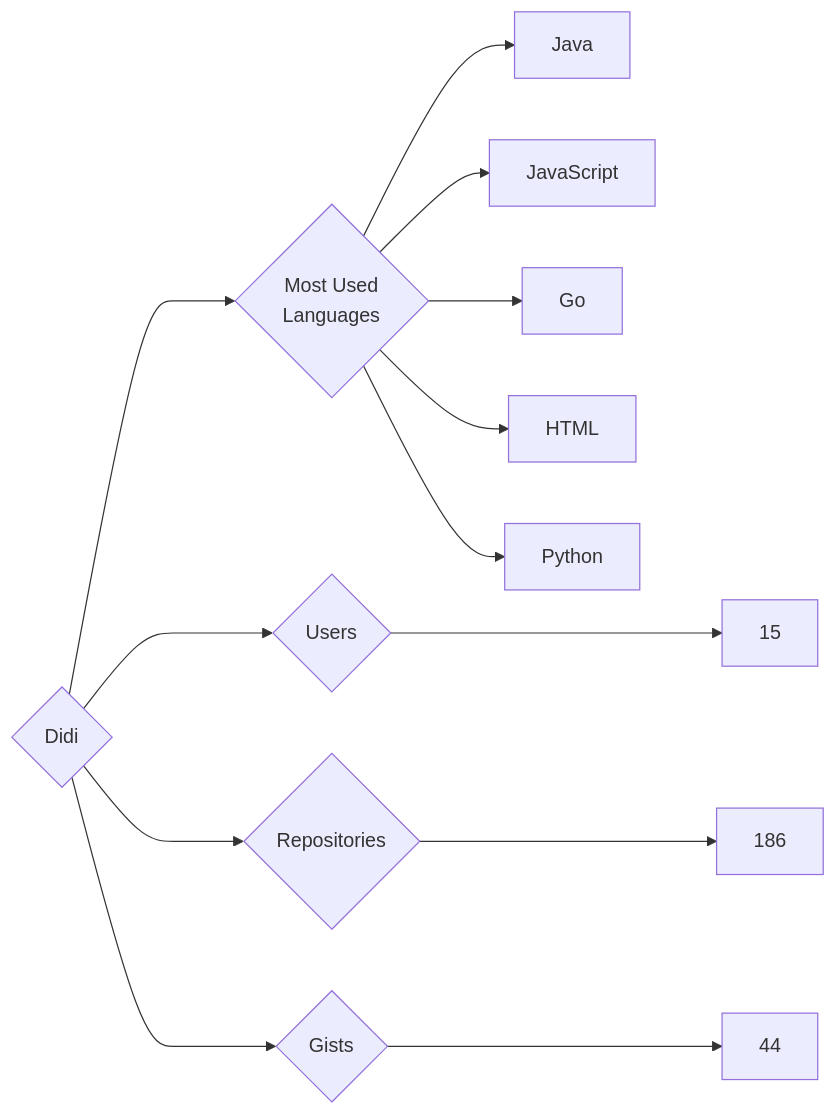
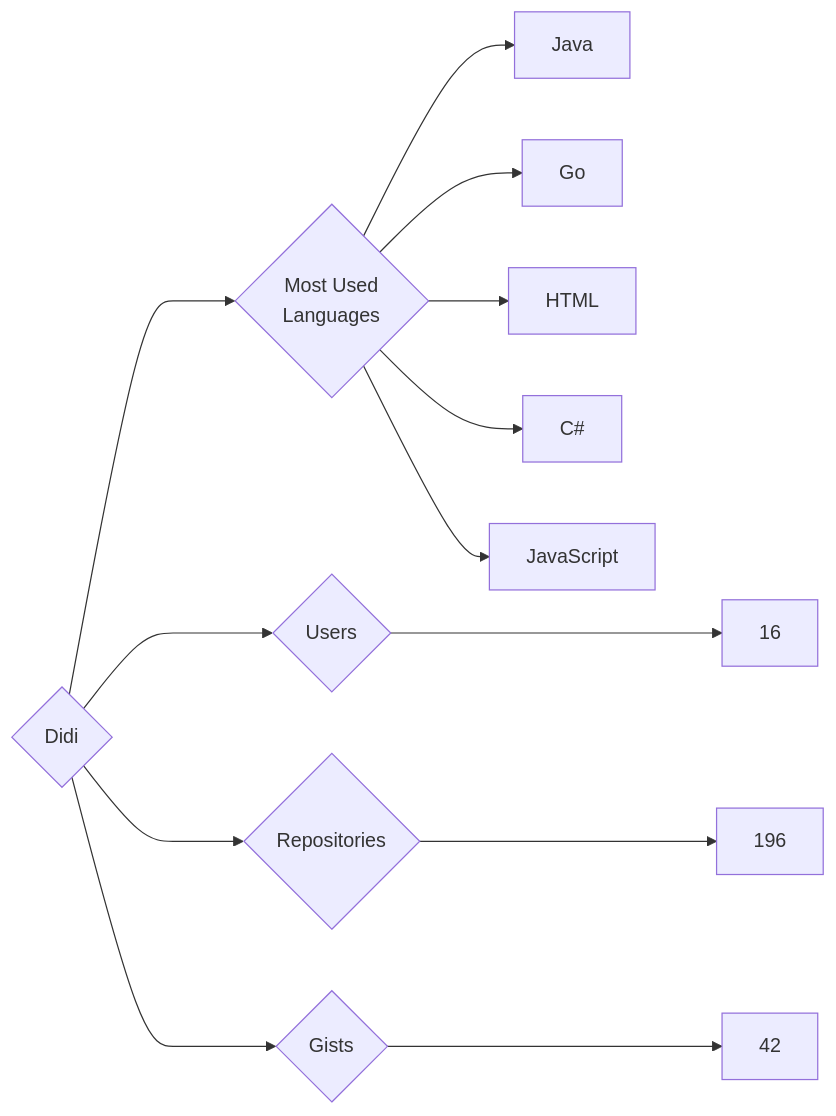
Before and after one commit to trickest/insiders: the diagram in targets/Didi/README.md, drawn with Mermaid. The commit also changed 1195 other files, not shown here.

````diff
--- a/targets/Didi/README.md
+++ b/targets/Didi/README.md
@@ -3,13 +3,13 @@
 ```mermaid
 graph LR
 COMPANY_NAME{Didi}
-COMPANY_NAME ---> U{Users} ---> UN[15]
-COMPANY_NAME ---> R{Repositories} ---> RN[186]
-COMPANY_NAME ---> G{Gists} ---> GN[44]
+COMPANY_NAME ---> U{Users} ---> UN[16]
+COMPANY_NAME ---> R{Repositories} ---> RN[196]
+COMPANY_NAME ---> G{Gists} ---> GN[42]
 COMPANY_NAME ---> ML{Most Used<br>Languages}
 ML --> Java[Java]
-ML --> JavaScript[JavaScript]
 ML --> Go[Go]
 ML --> HTML[HTML]
-ML --> Python[Python]
+ML --> C#[C#]
+ML --> JavaScript[JavaScript]
 ```
````
